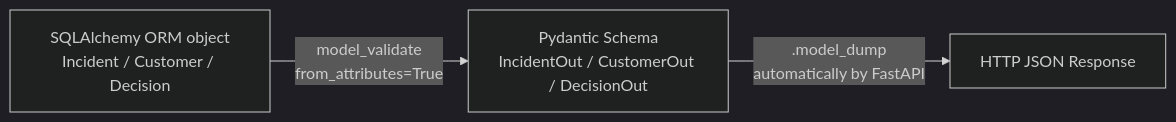
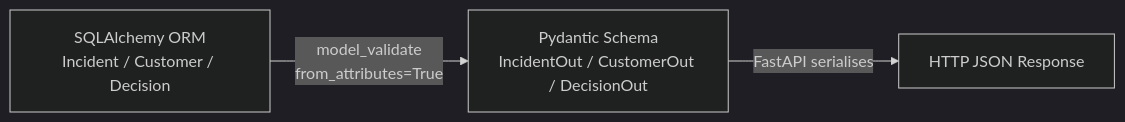
The fifth of 5 diagrams in internal/Infra_design_evolution/Phase5_Infra_design_evolution.md (sarat-coder/NovaEnterprise), drawn with Mermaid (dark theme) before and after one commit. The commit also changed other lines of this file and 4 other files, not shown here.

````diff
--- a/internal/Infra_design_evolution/Phase5_Infra_design_evolution.md
+++ b/internal/Infra_design_evolution/Phase5_Infra_design_evolution.md
@@ -131,5 +105,5 @@
 ```mermaid
 flowchart LR
-    ORM[SQLAlchemy ORM object\nIncident / Customer / Decision] -->|model_validate\nfrom_attributes=True| SCHEMA[Pydantic Schema\nIncidentOut / CustomerOut / DecisionOut]
-    SCHEMA -->|.model_dump\nautomatically by FastAPI| JSON[HTTP JSON Response]
+    ORM[SQLAlchemy ORM\nIncident / Customer / Decision] -->|model_validate\nfrom_attributes=True| SCHEMA[Pydantic Schema\nIncidentOut / CustomerOut / DecisionOut]
+    SCHEMA -->|FastAPI serialises| JSON[HTTP JSON Response]
 ```
````
